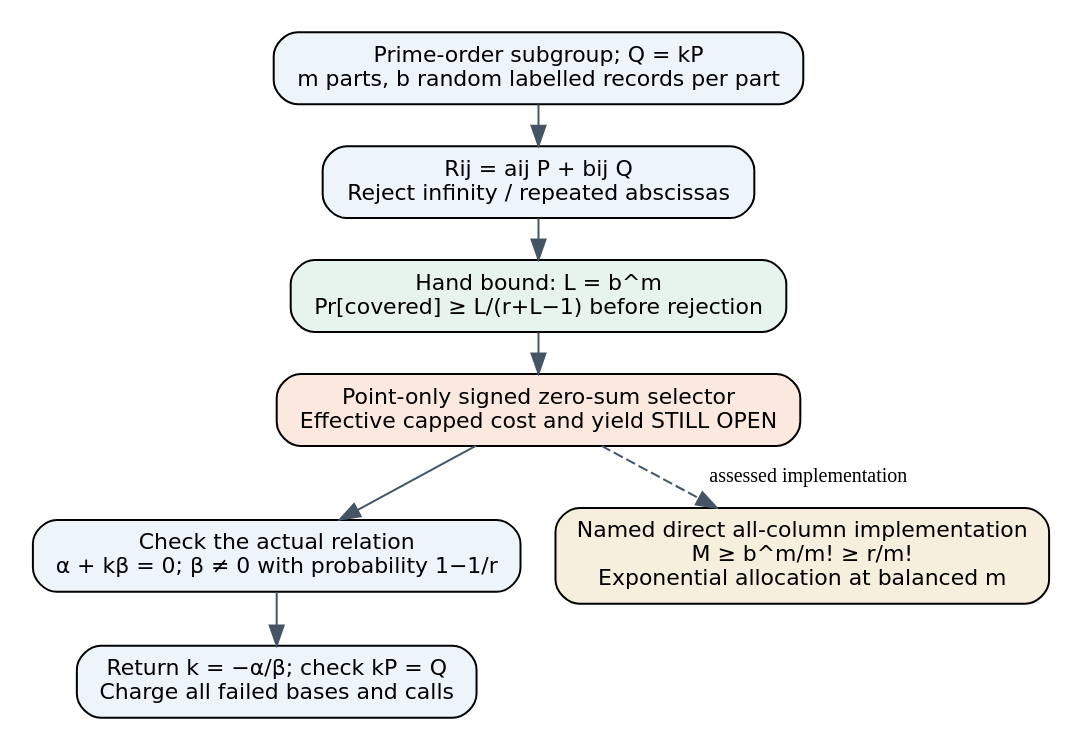
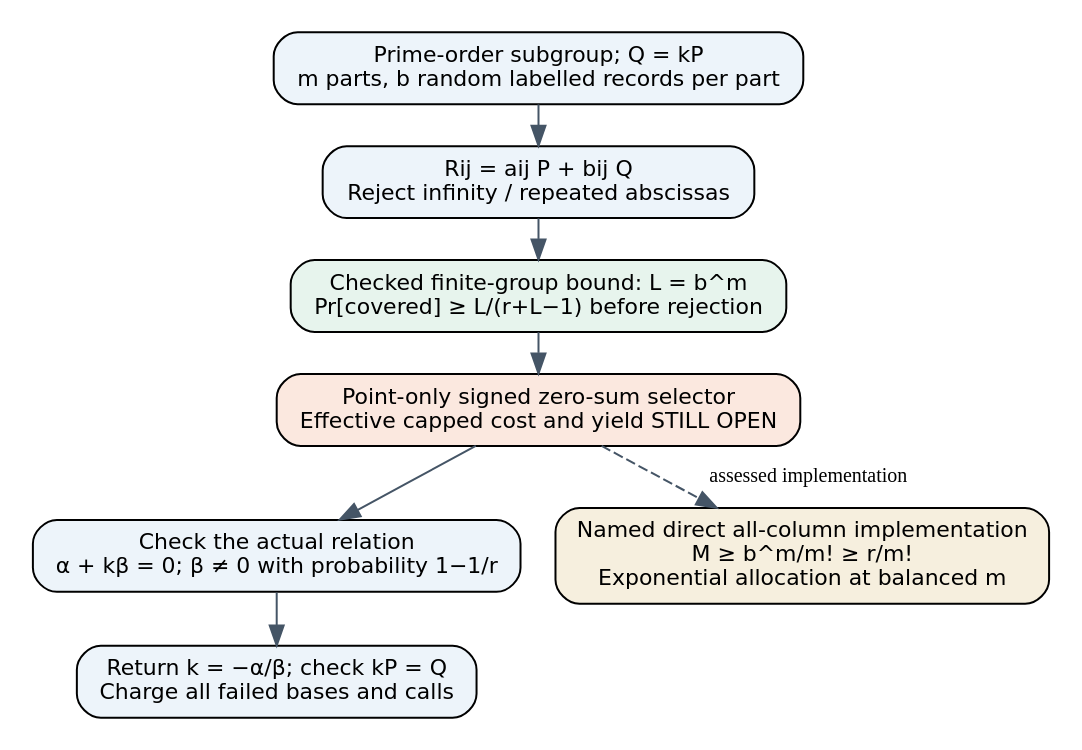
The diagram in research/single_relation_reduction_20261115/pipeline.dot (isogeny-labs/crypto), drawn with Graphviz before and after one commit. The commit also changed 28 other files, not shown here.

Commit message:
Check full finite-group coverage with shared Lean laws

```diff
--- a/research/single_relation_reduction_20261115/pipeline.dot
+++ b/research/single_relation_reduction_20261115/pipeline.dot
@@ -1,14 +1,14 @@
 digraph relation {
  graph [rankdir=TB,bgcolor="white",pad="0.12",nodesep="0.23",ranksep="0.27"];
  node [shape=box,style="rounded,filled",fillcolor="#edf4fa",fontname="DejaVu Sans",fontsize=11,margin="0.15,0.09"];
  edge [color="#455566"];
  input [label="Prime-order subgroup; Q = kP\nm parts, b random labelled records per part"];
  base [label="Rij = aij P + bij Q\nReject infinity / repeated abscissas"];
- cover [label="Hand bound: L = b^m\nPr[covered] ≥ L/(r+L−1) before rejection",fillcolor="#e7f4ed"];
+ cover [label="Checked finite-group bound: L = b^m\nPr[covered] ≥ L/(r+L−1) before rejection",fillcolor="#e7f4ed"];
  select [label="Point-only signed zero-sum selector\nEffective capped cost and yield STILL OPEN",fillcolor="#fbe8df"];
  recover [label="Check the actual relation\nα + kβ = 0; β ≠ 0 with probability 1−1/r"];
  verify [label="Return k = −α/β; check kP = Q\nCharge all failed bases and calls"];
  index [label="Named direct all-column implementation\nM ≥ b^m/m! ≥ r/m!\nExponential allocation at balanced m",fillcolor="#f6efde"];
  input -> base -> cover -> select -> recover -> verify;
  select -> index [style=dashed,label="assessed implementation",fontsize=10];
 }
```
